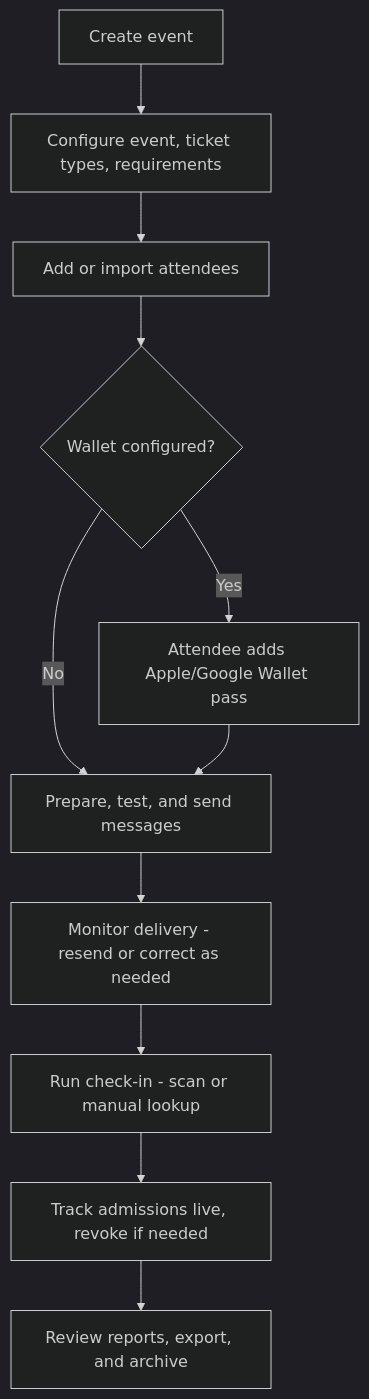
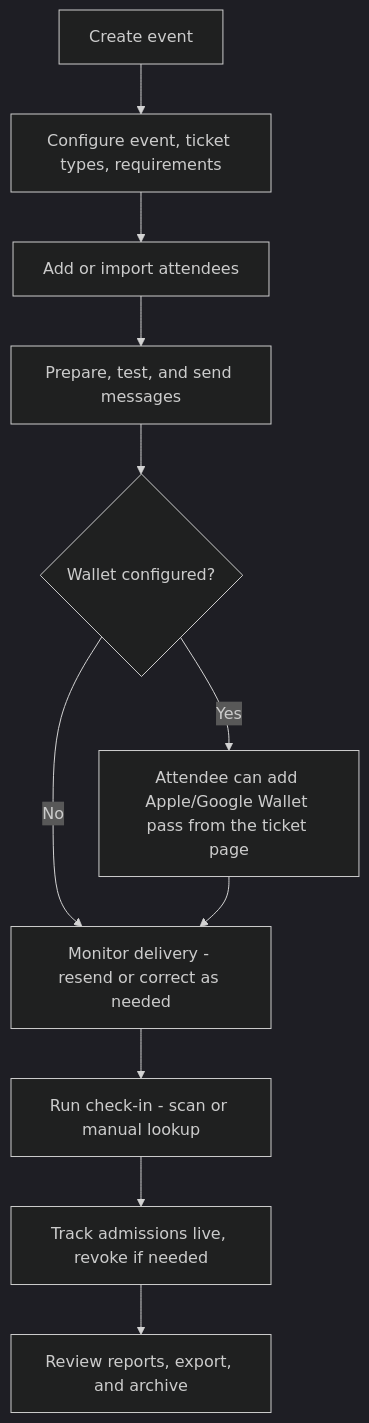
The diagram in docs/wiki/Home.md (solarssk/admitto), drawn with Mermaid (dark theme) before and after one commit. The commit also changed 4 other files, not shown here.

First line of the commit message:
docs: fix review findings - production claim, Samsung wallet, tab scope, diagram order

````diff
--- a/docs/wiki/Home.md
+++ b/docs/wiki/Home.md
@@ -21,13 +21,13 @@
 ```mermaid
 flowchart TD
     create[Create event] --> configure[Configure event, ticket types, requirements]
     configure --> attendees[Add or import attendees]
-    attendees --> wallet{Wallet configured?}
-    wallet -->|Yes| pass[Attendee adds Apple/Google Wallet pass]
-    wallet -->|No| messages
-    pass --> messages[Prepare, test, and send messages]
-    messages --> monitor[Monitor delivery - resend or correct as needed]
+    attendees --> messages[Prepare, test, and send messages]
+    messages --> wallet{Wallet configured?}
+    wallet -->|Yes| pass[Attendee can add Apple/Google Wallet pass from the ticket page]
+    wallet -->|No| monitor
+    pass --> monitor[Monitor delivery - resend or correct as needed]
     monitor --> checkin[Run check-in - scan or manual lookup]
     checkin --> live[Track admissions live, revoke if needed]
     live --> close[Review reports, export, and archive]
 ```
````
